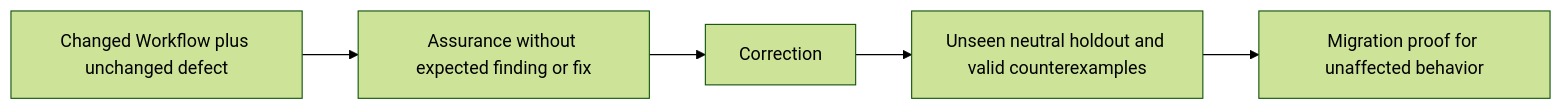
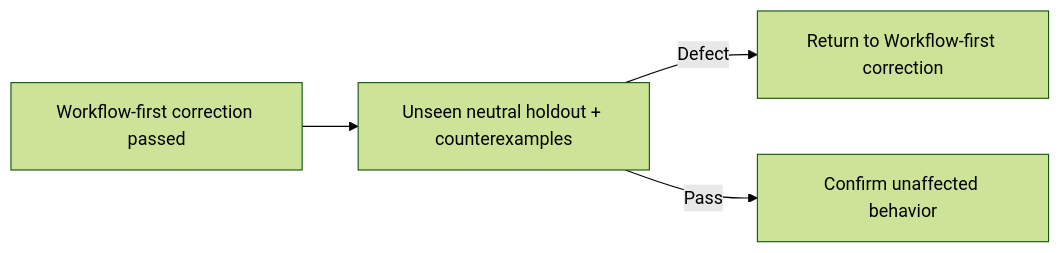
One commit to MP281X/ai-toolkit changed the diagram in .agents/skills/agent-workflow-engineering/references/evaluation.md. Above: the diagram before and after it, drawn with Mermaid (forest theme). The commit also changed other lines of this file and 56 other files, not shown here.

````diff
--- a/.agents/skills/agent-workflow-engineering/references/evaluation.md
+++ b/.agents/skills/agent-workflow-engineering/references/evaluation.md
@@ -12,7 +29,6 @@
 ```mermaid
 flowchart LR
-    W[Changed Workflow plus unchanged defect] --> A[Assurance without expected finding or fix]
-    A --> C[Correction]
-    C --> H[Unseen neutral holdout and valid counterexamples]
-    H --> M[Migration proof for unaffected behavior]
+	W[Workflow-first correction passed] --> H[Unseen neutral holdout + counterexamples]
+	H -->|Defect| C[Return to Workflow-first correction]
+	H -->|Pass| U[Confirm unaffected behavior]
 ```
````
